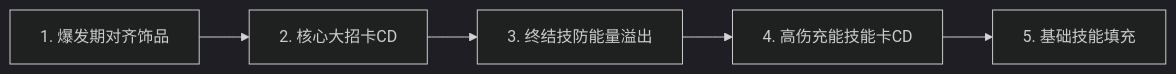
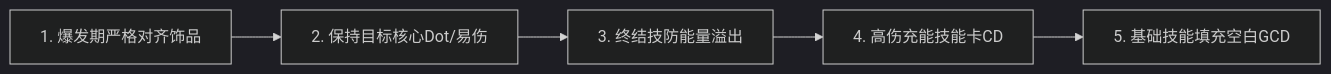
One commit to xidongdong-153/wow changed the second of 4 diagrams in classes/_template/rotation.md. Above: the diagram before and after it, drawn with Mermaid. The commit also changed other lines of this file and 32 other files, not shown here.

````diff
--- a/classes/_template/rotation.md
+++ b/classes/_template/rotation.md
@@ -66,8 +71,8 @@
 ```mermaid
 %%{init: {"theme": "dark"}}%%
 flowchart LR
-    P1[1. 爆发期对齐饰品] --> P2[2. 核心大招卡CD]
+    P1[1. 爆发期严格对齐饰品] --> P2[2. 保持目标核心Dot/易伤]
     P2 --> P3[3. 终结技防能量溢出]
     P3 --> P4[4. 高伤充能技能卡CD]
-    P4 --> P5[5. 基础技能填充]
+    P4 --> P5[5. 基础技能填充空白GCD]
 ```
````
